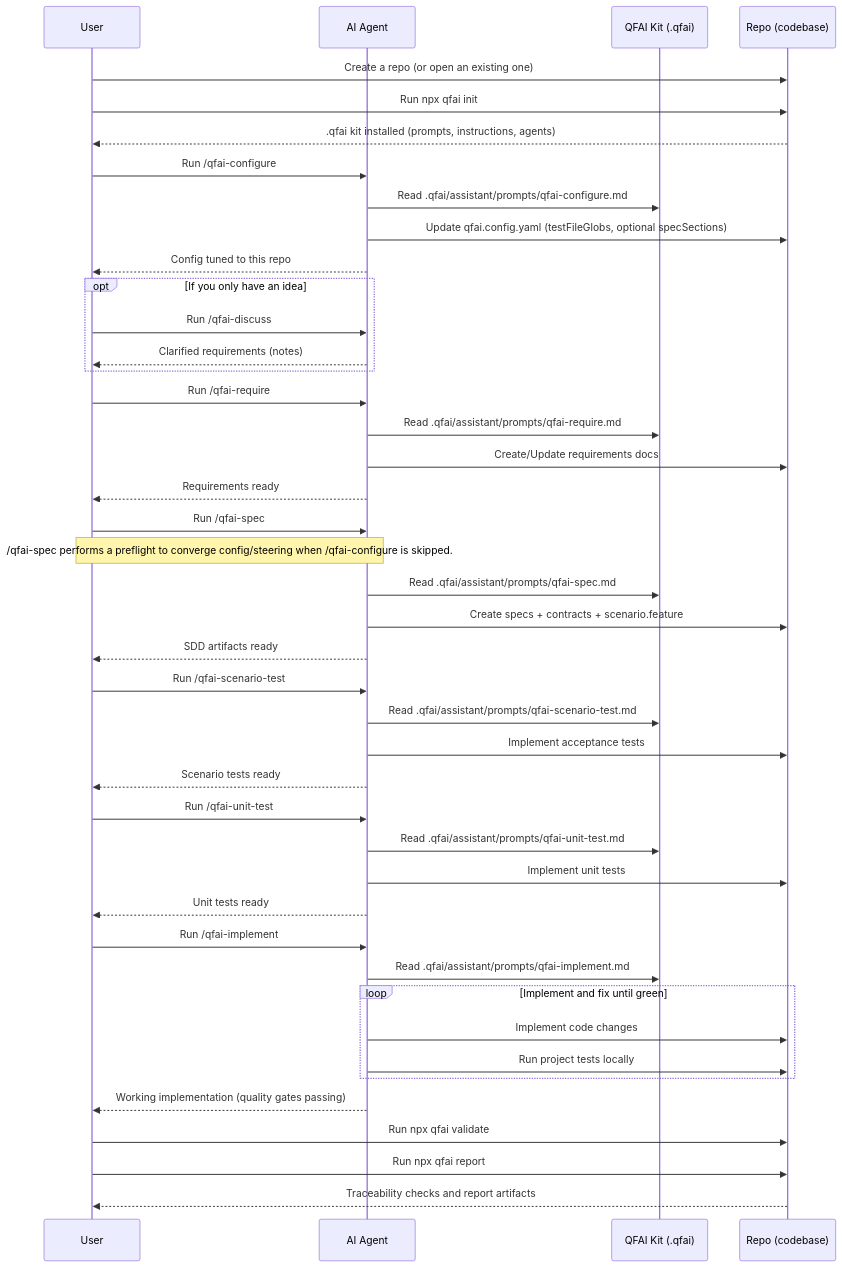
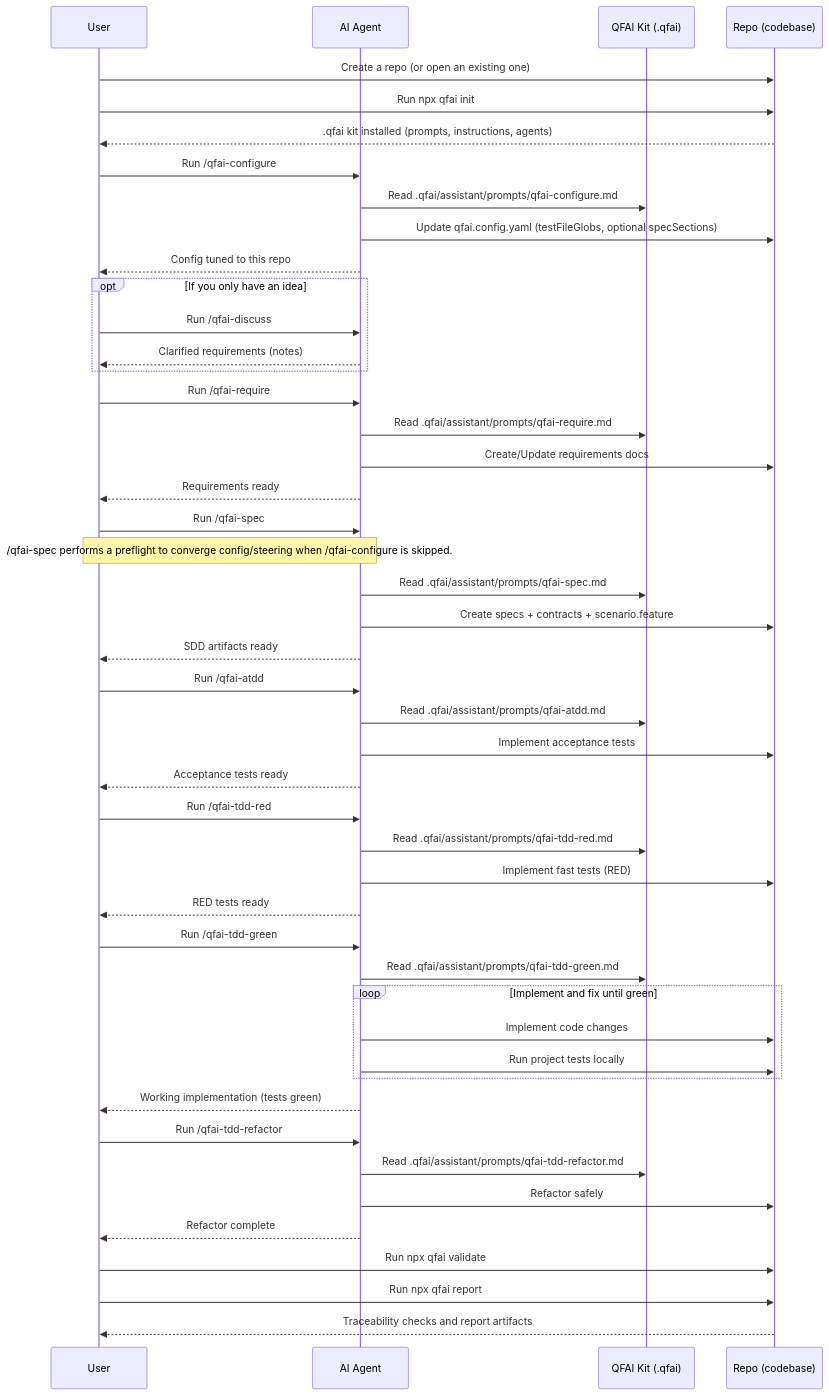
One commit to aganesy/QFAI changed the diagram in README.md. Above: the diagram before and after it, drawn with Mermaid. The commit also changed other lines of this file and 3 other files, not shown here.

Commit message:
docs(tdd): align README and tests with new prompts

````diff
--- a/README.md
+++ b/README.md
@@ -74,54 +75,59 @@
 ```mermaid
 sequenceDiagram
 participant U as User
 participant AG as AI Agent
 participant Q as QFAI Kit (.qfai)
 participant R as Repo (codebase)
 
 U->>R: Create a repo (or open an existing one)
 U->>R: Run npx qfai init
 R-->>U: .qfai kit installed (prompts, instructions, agents)
 
 U->>AG: Run /qfai-configure
 AG->>Q: Read .qfai/assistant/prompts/qfai-configure.md
 AG->>R: Update qfai.config.yaml (testFileGlobs, optional specSections)
 AG-->>U: Config tuned to this repo
 
 opt If you only have an idea
 U->>AG: Run /qfai-discuss
 AG-->>U: Clarified requirements (notes)
 end
 
 U->>AG: Run /qfai-require
 AG->>Q: Read .qfai/assistant/prompts/qfai-require.md
 AG->>R: Create/Update requirements docs
 AG-->>U: Requirements ready
 
 U->>AG: Run /qfai-spec
 Note over U,AG: /qfai-spec performs a preflight to converge config/steering when /qfai-configure is skipped.
 AG->>Q: Read .qfai/assistant/prompts/qfai-spec.md
 AG->>R: Create specs + contracts + scenario.feature
 AG-->>U: SDD artifacts ready
 
-U->>AG: Run /qfai-scenario-test
-AG->>Q: Read .qfai/assistant/prompts/qfai-scenario-test.md
+U->>AG: Run /qfai-atdd
+AG->>Q: Read .qfai/assistant/prompts/qfai-atdd.md
 AG->>R: Implement acceptance tests
-AG-->>U: Scenario tests ready
+AG-->>U: Acceptance tests ready
 
-U->>AG: Run /qfai-unit-test
-AG->>Q: Read .qfai/assistant/prompts/qfai-unit-test.md
-AG->>R: Implement unit tests
-AG-->>U: Unit tests ready
+U->>AG: Run /qfai-tdd-red
+AG->>Q: Read .qfai/assistant/prompts/qfai-tdd-red.md
+AG->>R: Implement fast tests (RED)
+AG-->>U: RED tests ready
 
-U->>AG: Run /qfai-implement
-AG->>Q: Read .qfai/assistant/prompts/qfai-implement.md
+U->>AG: Run /qfai-tdd-green
+AG->>Q: Read .qfai/assistant/prompts/qfai-tdd-green.md
 loop Implement and fix until green
 AG->>R: Implement code changes
 AG->>R: Run project tests locally
 end
-AG-->>U: Working implementation (quality gates passing)
+AG-->>U: Working implementation (tests green)
+
+U->>AG: Run /qfai-tdd-refactor
+AG->>Q: Read .qfai/assistant/prompts/qfai-tdd-refactor.md
+AG->>R: Refactor safely
+AG-->>U: Refactor complete
 
 U->>R: Run npx qfai validate
 U->>R: Run npx qfai report
 R-->>U: Traceability checks and report artifacts
 ```
````
